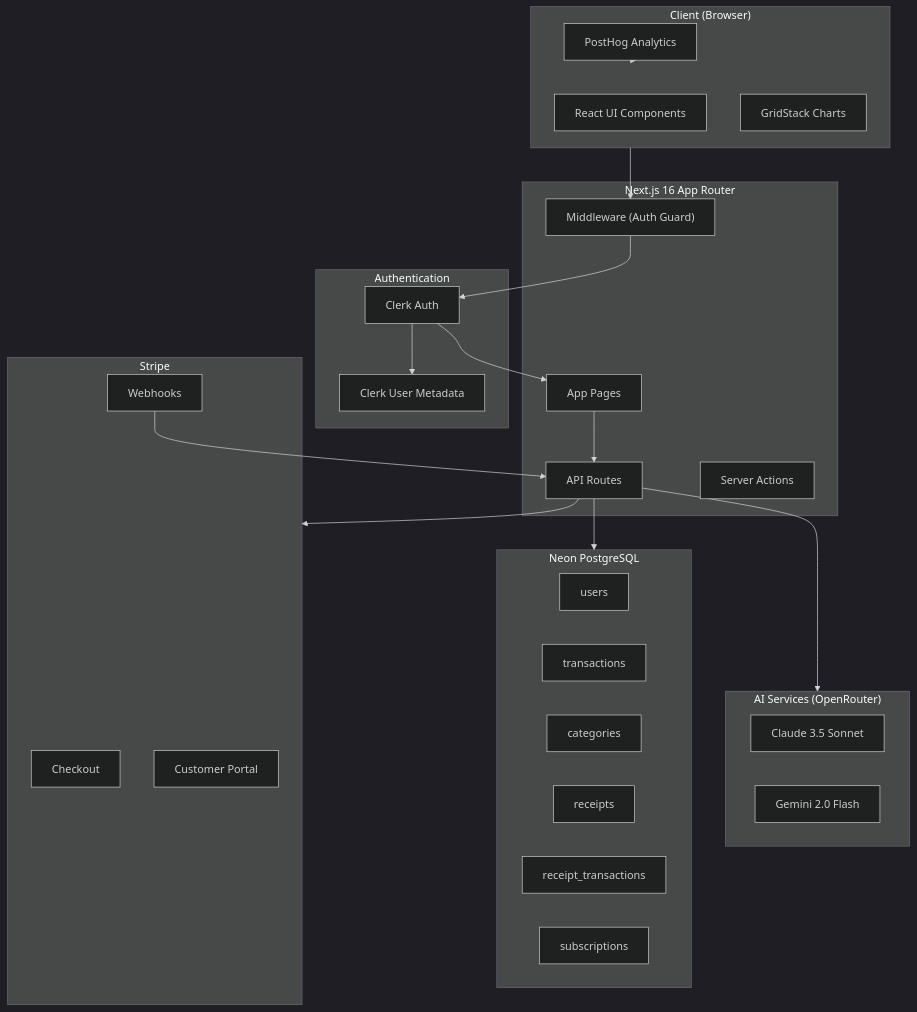
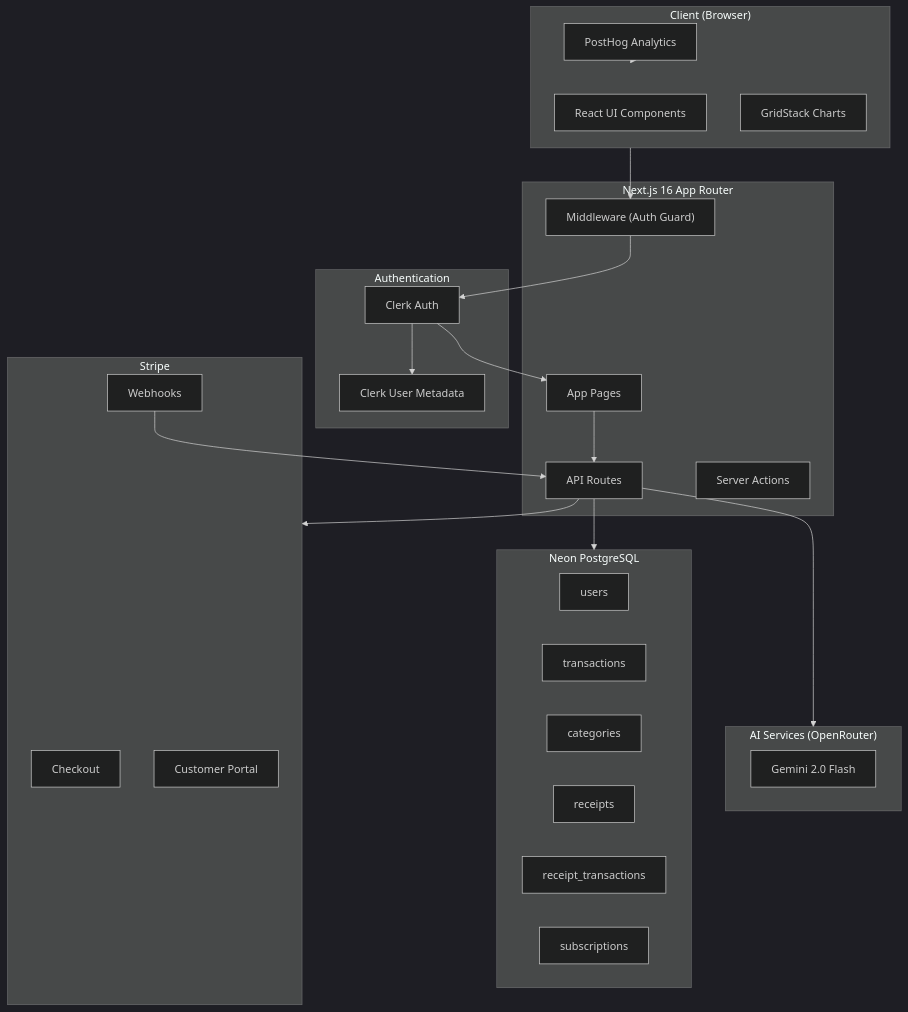
One commit to yares28/Folio changed the first of 8 diagrams in docs/CORE/PROJECT_DEEP_DIVE.md. Above: the diagram before and after it, drawn with Mermaid (dark theme). The commit also changed other lines of this file and 3 other files, not shown here.

````diff
--- a/docs/CORE/PROJECT_DEEP_DIVE.md
+++ b/docs/CORE/PROJECT_DEEP_DIVE.md
@@ -88,51 +88,50 @@
 ```mermaid
 flowchart TB
     subgraph Client["Client (Browser)"]
         UI["React UI Components"]
         GridStack["GridStack Charts"]
         PostHog["PostHog Analytics"]
     end
 
     subgraph NextJS["Next.js 16 App Router"]
         Middleware["Middleware (Auth Guard)"]
         Pages["App Pages"]
         API["API Routes"]
         ServerActions["Server Actions"]
     end
 
     subgraph Auth["Authentication"]
         Clerk["Clerk Auth"]
         ClerkMeta["Clerk User Metadata"]
     end
 
     subgraph AI["AI Services (OpenRouter)"]
-        Claude["Claude 3.5 Sonnet"]
         Gemini["Gemini 2.0 Flash"]
     end
 
     subgraph Database["Neon PostgreSQL"]
         Users["users"]
         Transactions["transactions"]
         Categories["categories"]
         Receipts["receipts"]
         ReceiptTx["receipt_transactions"]
         Subscriptions["subscriptions"]
     end
 
     subgraph Payments["Stripe"]
         StripeCheckout["Checkout"]
         StripePortal["Customer Portal"]
         StripeWebhooks["Webhooks"]
     end
 
     Client --> Middleware
     Middleware --> Clerk
     Clerk --> Pages
     Pages --> API
     API --> Database
     API --> AI
     API --> Payments
     StripeWebhooks --> API
     Clerk --> ClerkMeta
     PostHog --> Client
 ```
````
